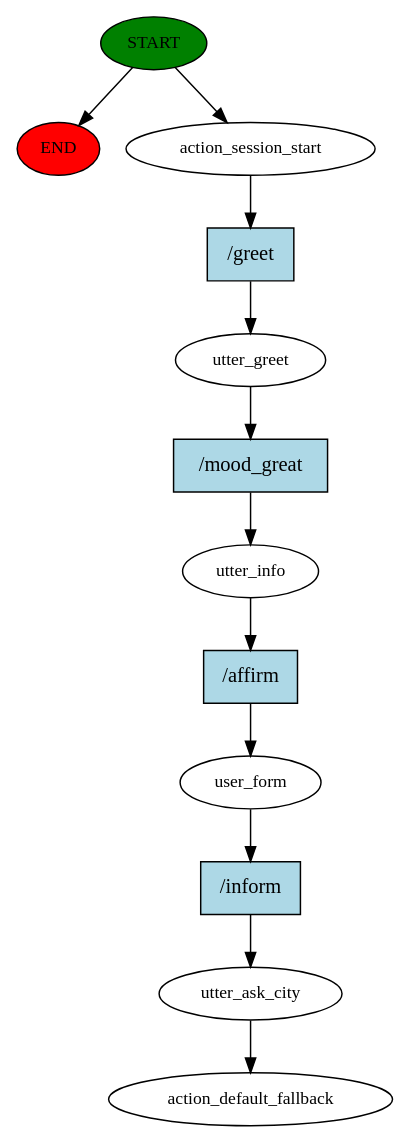
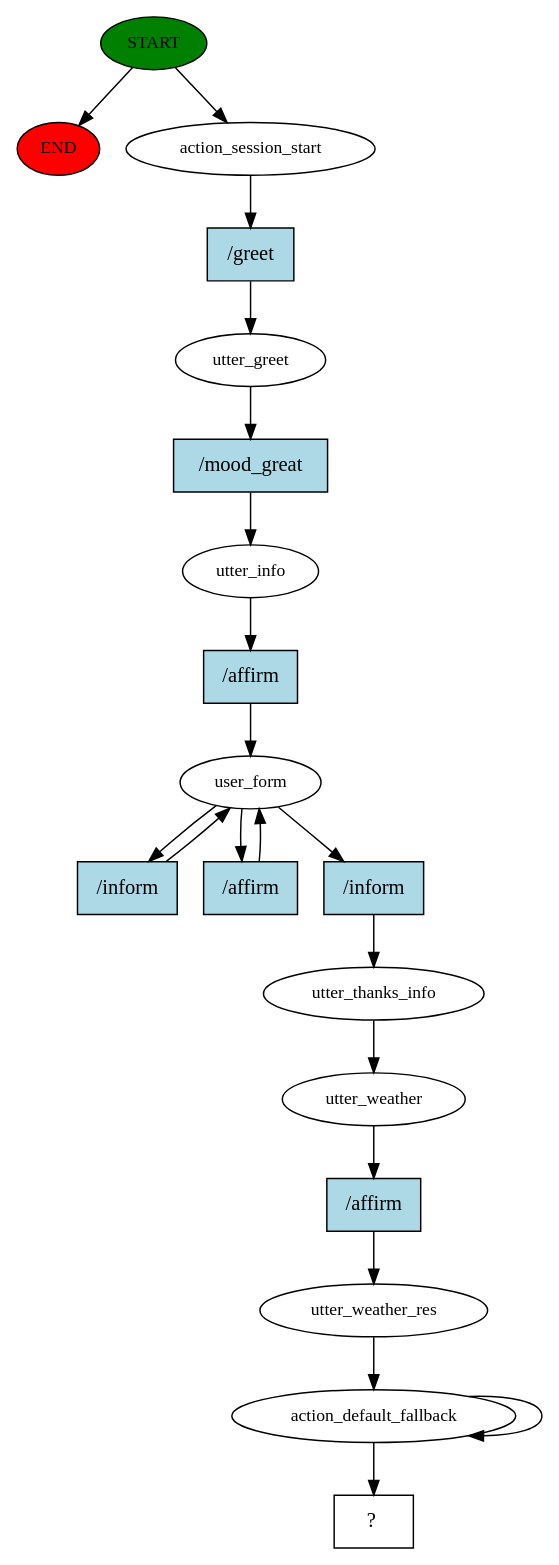
One commit to aperrier004/rasa_chatbot changed the diagram in story_graph.dot. Above: the diagram before and after it, drawn with Graphviz. The commit also changed 229 other files, not shown here.

```diff
--- a/story_graph.dot
+++ b/story_graph.dot
@@ -1,25 +1,40 @@
 digraph  {
 0 [class="start active", fillcolor=green, fontsize=12, label=START, style=filled];
 "-1" [class=end, fillcolor=red, fontsize=12, label=END, style=filled];
 1 [class=active, fontsize=12, label=action_session_start];
 2 [class=active, fontsize=12, label=utter_greet];
 3 [class=active, fontsize=12, label=utter_info];
 4 [class=active, fontsize=12, label=user_form];
-5 [class=active, fontsize=12, label=utter_ask_city];
-6 [class="dashed active", fontsize=12, label=action_default_fallback];
-7 [class="intent active", fillcolor=lightblue, label="/greet", shape=rect, style=filled];
-8 [class="intent active", fillcolor=lightblue, label="/mood_great", shape=rect, style=filled];
-9 [class="intent active", fillcolor=lightblue, label="/affirm", shape=rect, style=filled];
-10 [class="intent active", fillcolor=lightblue, label="/inform", shape=rect, style=filled];
+7 [class=active, fontsize=12, label=utter_thanks_info];
+8 [class=active, fontsize=12, label=utter_weather];
+9 [class=active, fontsize=12, label=utter_weather_res];
+10 [class=active, fontsize=12, label=action_default_fallback];
+12 [class="intent dashed active", label="  ?  ", shape=rect];
+13 [class="intent active", fillcolor=lightblue, label="/greet", shape=rect, style=filled];
+14 [class="intent active", fillcolor=lightblue, label="/mood_great", shape=rect, style=filled];
+15 [class="intent active", fillcolor=lightblue, label="/affirm", shape=rect, style=filled];
+16 [class="intent active", fillcolor=lightblue, label="/inform", shape=rect, style=filled];
+17 [class="intent active", fillcolor=lightblue, label="/affirm", shape=rect, style=filled];
+18 [class="intent active", fillcolor=lightblue, label="/inform", shape=rect, style=filled];
+19 [class="intent active", fillcolor=lightblue, label="/affirm", shape=rect, style=filled];
 0 -> "-1"  [class="", key=NONE, label=""];
 0 -> 1  [class=active, key=NONE, label=""];
-1 -> 7  [class=active, key=0];
-2 -> 8  [class=active, key=0];
-3 -> 9  [class=active, key=0];
-4 -> 10  [class=active, key=0];
-5 -> 6  [class=active, key=NONE, label=""];
-7 -> 2  [class=active, key=0];
-8 -> 3  [class=active, key=0];
-9 -> 4  [class=active, key=0];
-10 -> 5  [class=active, key=0];
+1 -> 13  [class=active, key=0];
+2 -> 14  [class=active, key=0];
+3 -> 15  [class=active, key=0];
+4 -> 16  [class=active, key=0];
+4 -> 17  [class=active, key=0];
+4 -> 18  [class=active, key=0];
+7 -> 8  [class=active, key=NONE, label=""];
+8 -> 19  [class=active, key=0];
+9 -> 10  [class=active, key=NONE, label=""];
+10 -> 12  [class=active, key=NONE, label=""];
+10 -> 10  [class=active, key=NONE, label=""];
+13 -> 2  [class=active, key=0];
+14 -> 3  [class=active, key=0];
+15 -> 4  [class=active, key=0];
+16 -> 4  [class=active, key=0];
+17 -> 4  [class=active, key=0];
+18 -> 7  [class=active, key=0];
+19 -> 9  [class=active, key=0];
 }
```
